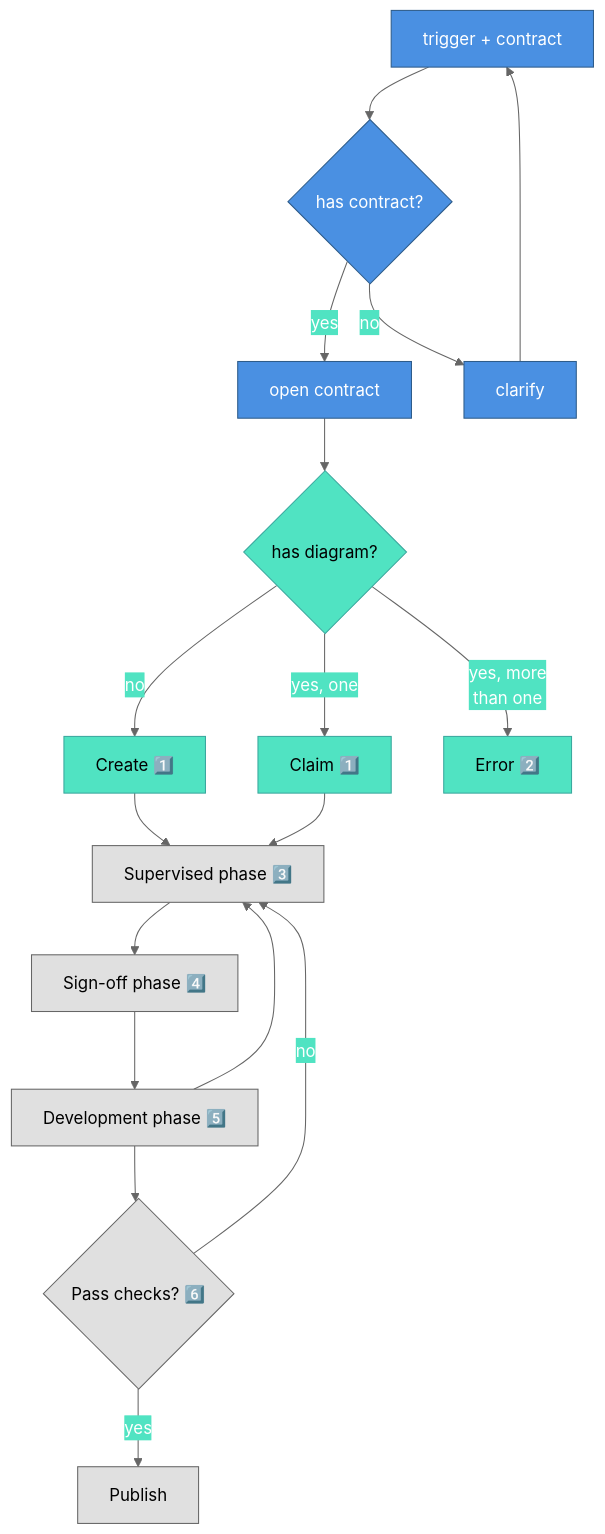
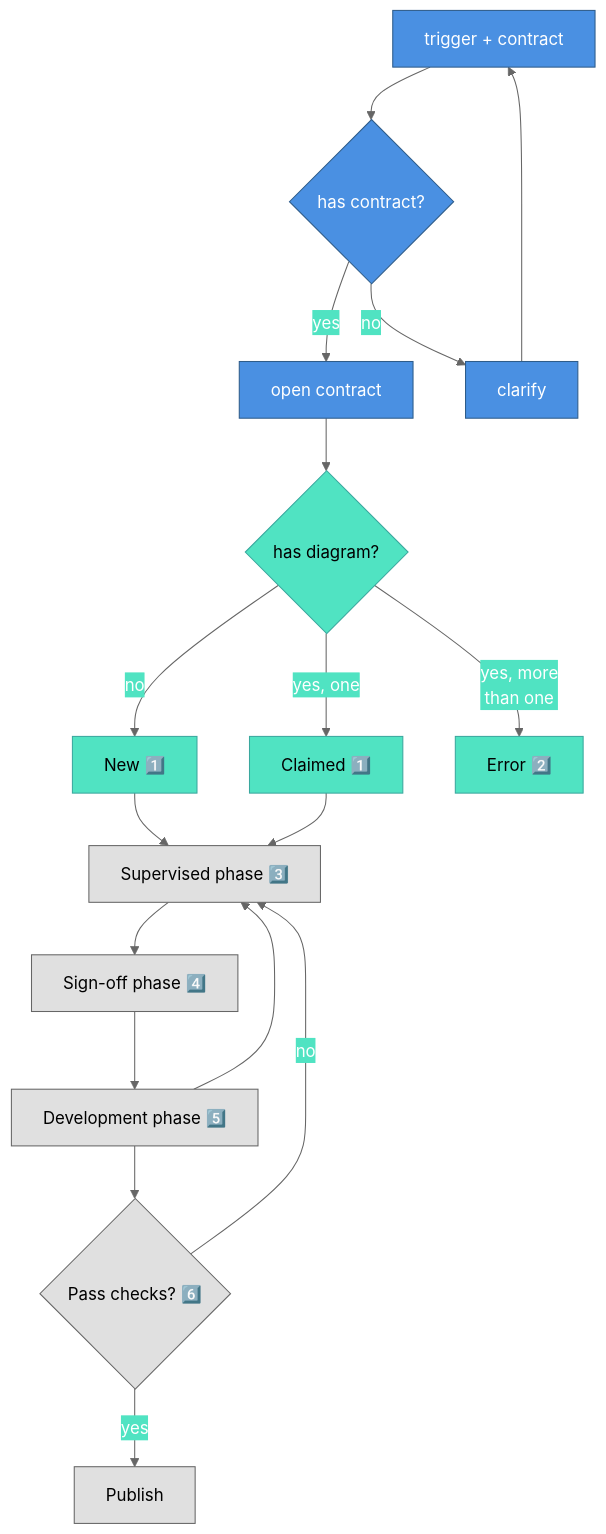
The diagram in contract-diagram/SKILL.md (nonlinear/skills), drawn with Mermaid before and after one commit.

Commit message:
Change Create→New, Claim→Claimed (past tense)

````diff
--- a/contract-diagram/SKILL.md
+++ b/contract-diagram/SKILL.md
@@ -14,45 +14,45 @@
 ```mermaid
 %%{init: {'theme':'base','themeVariables':{'primaryColor':'#4A90E2','primaryTextColor':'#fff','primaryBorderColor':'#2E5C8A','lineColor':'#666','secondaryColor':'#50E3C2','tertiaryColor':'#FFD700'}}}%%
 flowchart TD
     TRIGGER["trigger + contract"]
     CHECK_CONTRACT{"has contract?"}
     OPEN["open contract"]
     CLARIFY["clarify"]
     CHECK_DIAGRAM{"has diagram?"}
-    CREATE["Create 1️⃣"]
-    CLAIM["Claim 1️⃣"]
+    CREATE["New 1️⃣"]
+    CLAIM["Claimed 1️⃣"]
     ERROR["Error 2️⃣"]
     
     SUPERVISED["Supervised phase 3️⃣"]
     SIGNOFF["Sign-off phase 4️⃣"]
     DEVELOPMENT["Development phase 5️⃣"]
     TESTS{"Pass checks? 6️⃣"}
     PUBLISH["Publish"]
     
     TRIGGER --> CHECK_CONTRACT
     CHECK_CONTRACT -->|yes| OPEN
     CHECK_CONTRACT -->|no| CLARIFY
     CLARIFY --> TRIGGER
     
     OPEN --> CHECK_DIAGRAM
     CHECK_DIAGRAM -->|yes, more<br/>than one| ERROR
     CHECK_DIAGRAM -->|yes, one| CLAIM
     CHECK_DIAGRAM -->|no| CREATE
     
     CREATE --> SUPERVISED
     CLAIM --> SUPERVISED
     SUPERVISED --> SIGNOFF
     SIGNOFF --> DEVELOPMENT
     DEVELOPMENT --> SUPERVISED
     DEVELOPMENT --> TESTS
     TESTS -->|yes| PUBLISH
     TESTS -->|no| SUPERVISED
     
     classDef default fill:#e0e0e0,stroke:#666,color:#000
     classDef approved fill:#4A90E2,stroke:#2E5C8A,color:#fff
     classDef developed fill:#50E3C2,stroke:#3aa89e,color:#000
     
     class TRIGGER,CHECK_CONTRACT,OPEN,CLARIFY approved
     class CHECK_DIAGRAM,CREATE,CLAIM,ERROR developed
     class SUPERVISED,SIGNOFF,DEVELOPMENT,TESTS,PUBLISH default
 ```
````
